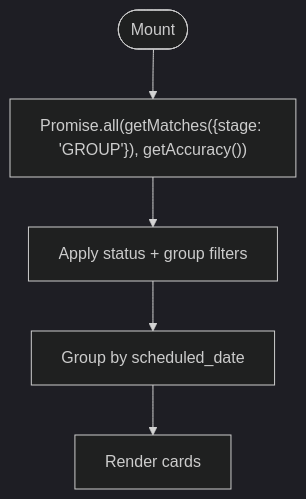
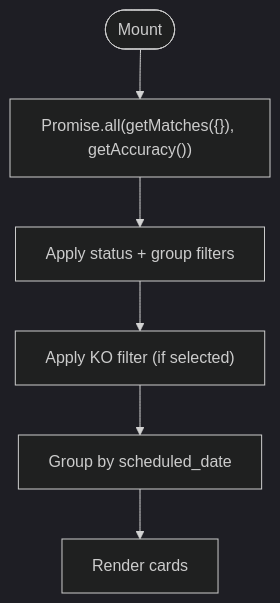
Before and after one commit to cheesiong/WC26-qwen: the ninth of 10 diagrams in .qoder/repowiki/en/content/Frontend Application/Page Components.md, drawn with Mermaid (dark theme). The commit also changed other lines of this file and 4 other files, not shown here.

````diff
--- a/.qoder/repowiki/en/content/Frontend Application/Page Components.md
+++ b/.qoder/repowiki/en/content/Frontend Application/Page Components.md
@@ -287,7 +296,8 @@
 ```mermaid
 flowchart TD
-Start(["Mount"]) --> Load["Promise.all(getMatches({stage: 'GROUP'}), getAccuracy())"]
+Start(["Mount"]) --> Load["Promise.all(getMatches({}), getAccuracy())"]
 Load --> Filter["Apply status + group filters"]
-Filter --> Group["Group by scheduled_date"]
+Filter --> KOFilter["Apply KO filter (if selected)"]
+KOFilter --> Group["Group by scheduled_date"]
 Group --> Render["Render cards"]
 ```
````
